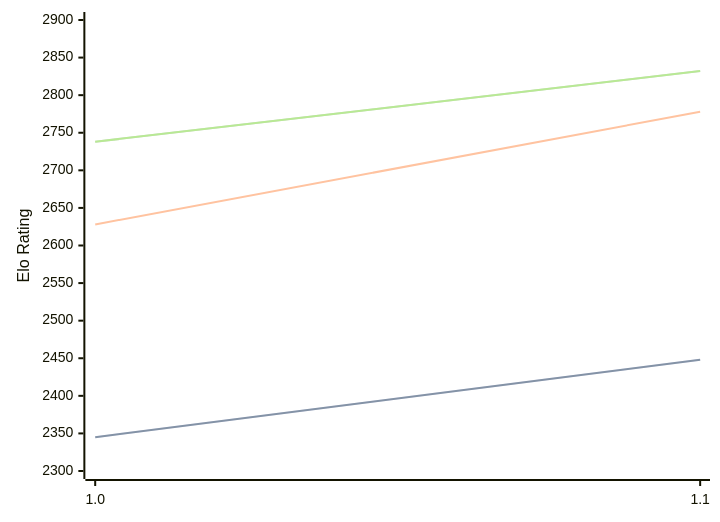
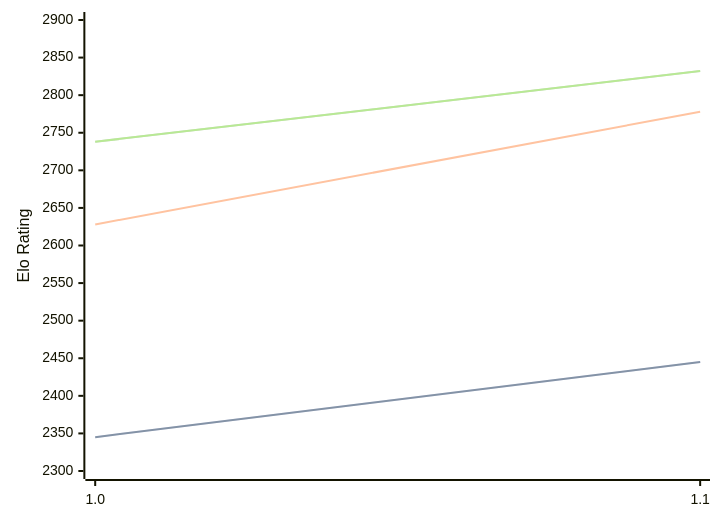
The diagram in engines/Casanchess.md (computer-chess-index/cci), drawn with Mermaid before and after one commit. The commit also changed other lines of this file, not shown here.

````diff
--- a/engines/Casanchess.md
+++ b/engines/Casanchess.md
@@ -33,11 +33,11 @@
 ```mermaid
 %%{init: {"theme":"base","themeVariables":{"seriesColors:['#a3a3a3','#222221','#faa371']}}}%%
 xychart-beta
   x-axis ["1.0", "1.1"]
   y-axis "Elo Rating" 2300 --> 2900
-  line "" [2345, 2448]
-  line "STC (8.0+0.08s)" [2345, 2448]
+  line "" [2345, 2445]
+  line "STC (8.0+0.08s)" [2345, 2445]
   line "LTC (60.0+0.60s)" [2628, 2778]
   line "" [2738, 2832]
   line "VLTC (2m24s+1.12s)" [2738, 2832]
 ```
````
